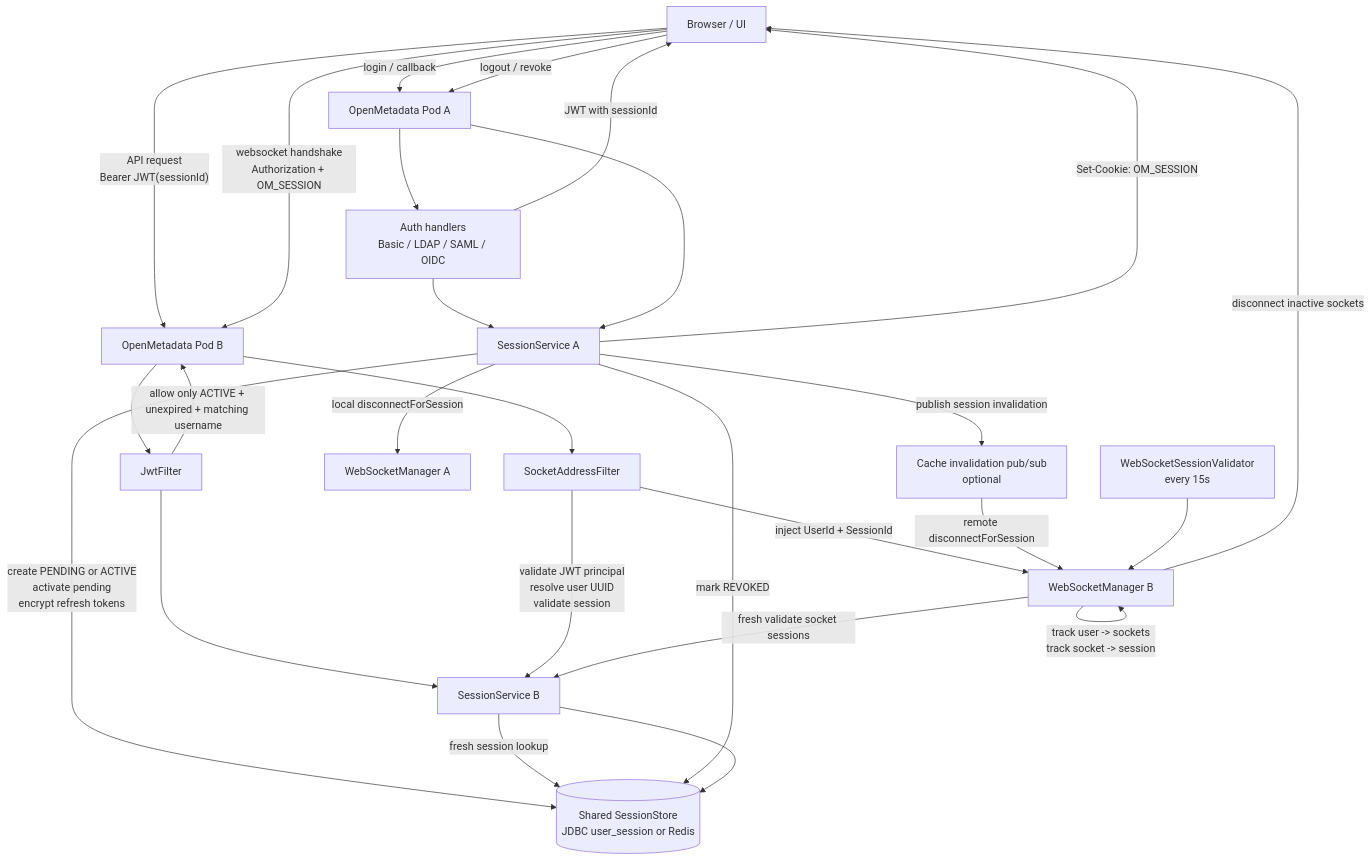
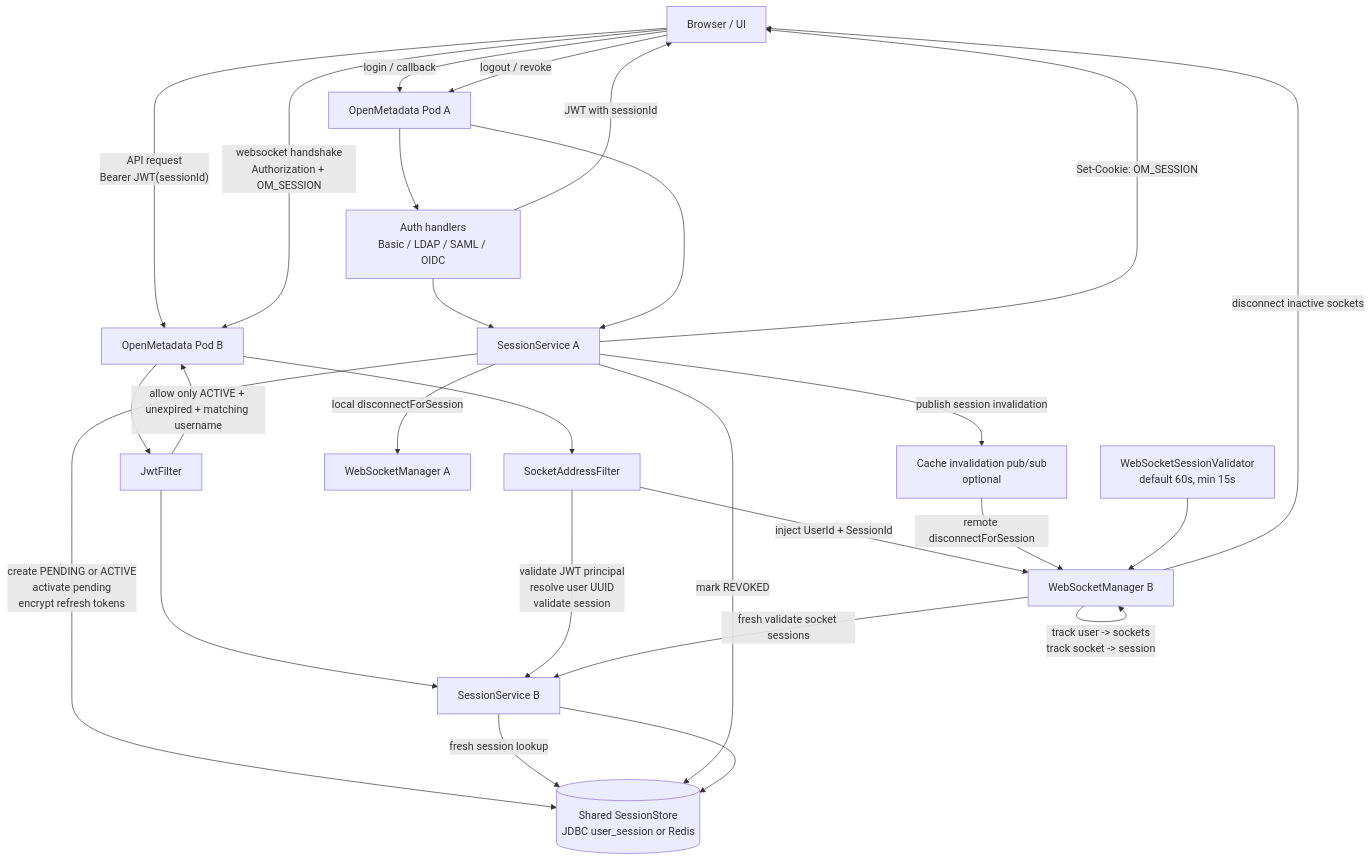
The diagram in docs/session-management-multi-node-design.md (open-metadata/OpenMetadata), drawn with Mermaid before and after one commit. The commit also changed other lines of this file and 5 other files, not shown here.

````diff
--- a/docs/session-management-multi-node-design.md
+++ b/docs/session-management-multi-node-design.md
@@ -355,47 +359,47 @@
 ```mermaid
 flowchart TD
   Browser["Browser / UI"]
   NodeA["OpenMetadata Pod A"]
   NodeB["OpenMetadata Pod B"]
   AuthHandlers["Auth handlers<br/>Basic / LDAP / SAML / OIDC"]
   SessionServiceA["SessionService A"]
   SessionServiceB["SessionService B"]
   Store[("Shared SessionStore<br/>JDBC user_session or Redis")]
   JwtFilter["JwtFilter"]
   SocketFilter["SocketAddressFilter"]
   WebSocketManagerA["WebSocketManager A"]
   WebSocketManagerB["WebSocketManager B"]
   PubSub["Cache invalidation pub/sub<br/>optional"]
-  Validator["WebSocketSessionValidator<br/>every 15s"]
+  Validator["WebSocketSessionValidator<br/>default 60s, min 15s"]
 
   Browser -->|"login / callback"| NodeA
   NodeA --> AuthHandlers
   AuthHandlers --> SessionServiceA
   SessionServiceA -->|"create PENDING or ACTIVE<br/>activate pending<br/>encrypt refresh tokens"| Store
   SessionServiceA -->|"Set-Cookie: OM_SESSION"| Browser
   AuthHandlers -->|"JWT with sessionId"| Browser
 
   Browser -->|"API request<br/>Bearer JWT(sessionId)"| NodeB
   NodeB --> JwtFilter
   JwtFilter --> SessionServiceB
   SessionServiceB -->|"fresh session lookup"| Store
   JwtFilter -->|"allow only ACTIVE + unexpired + matching username"| NodeB
 
   Browser -->|"websocket handshake<br/>Authorization + OM_SESSION"| NodeB
   NodeB --> SocketFilter
   SocketFilter -->|"validate JWT principal<br/>resolve user UUID<br/>validate session"| SessionServiceB
   SocketFilter -->|"inject UserId + SessionId"| WebSocketManagerB
   WebSocketManagerB -->|"track user -> sockets<br/>track socket -> session"| WebSocketManagerB
 
   Browser -->|"logout / revoke"| NodeA
   NodeA --> SessionServiceA
   SessionServiceA -->|"mark REVOKED"| Store
   SessionServiceA -->|"local disconnectForSession"| WebSocketManagerA
   SessionServiceA -->|"publish session invalidation"| PubSub
   PubSub -->|"remote disconnectForSession"| WebSocketManagerB
 
   Validator --> WebSocketManagerB
   WebSocketManagerB -->|"fresh validate socket sessions"| SessionServiceB
   SessionServiceB --> Store
   WebSocketManagerB -->|"disconnect inactive sockets"| Browser
 ```
````
